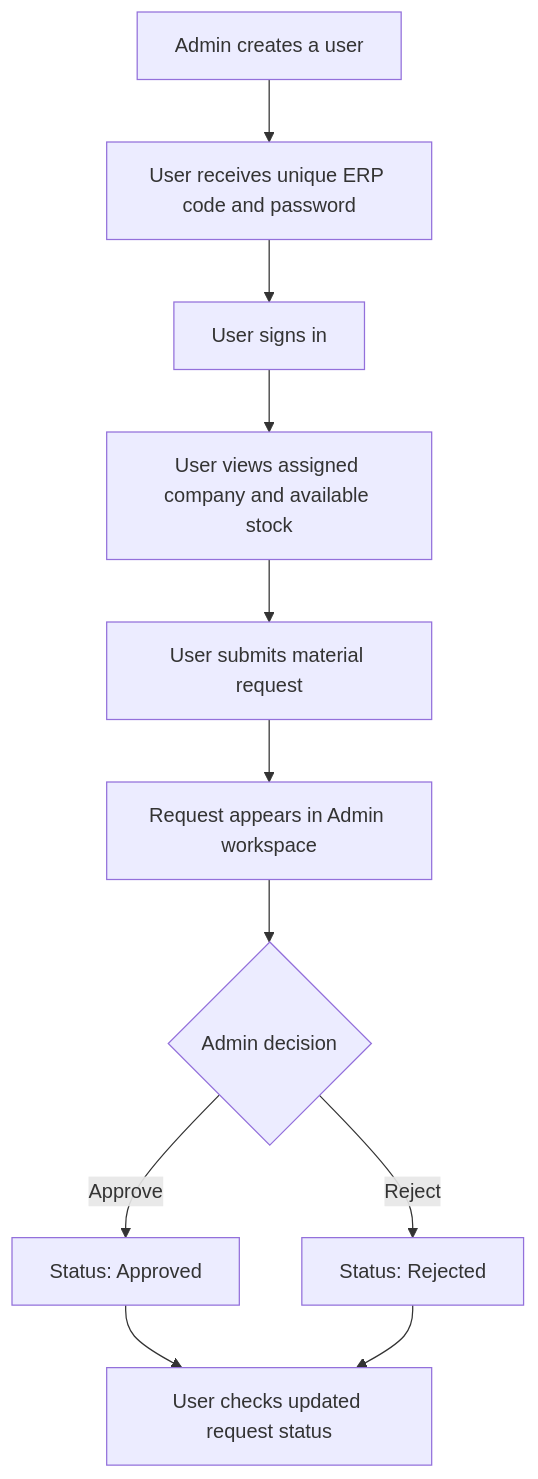
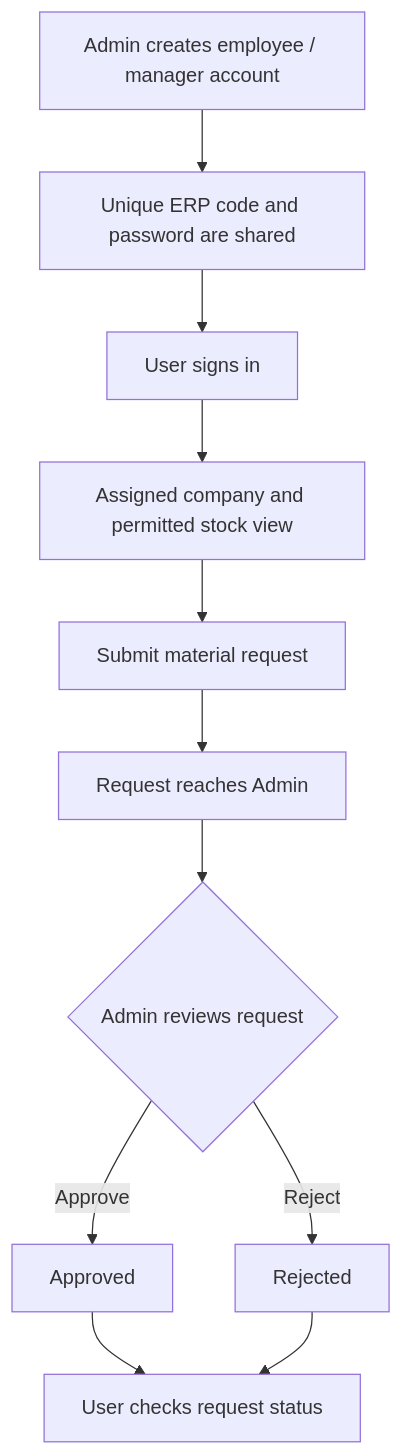
Before and after one commit to Ashish-kumar-upadhyay/Buildcore-ERP: the diagram in README.md, drawn with Mermaid. The commit also changed other lines of this file and 1 other file, not shown here.

````diff
--- a/README.md
+++ b/README.md
@@ -100,13 +106,13 @@
 ```mermaid
 flowchart TD
-    A[Admin creates a user] --> B[User receives unique ERP code and password]
-    B --> C[User signs in]
-    C --> D[User views assigned company and available stock]
-    D --> E[User submits material request]
-    E --> F[Request appears in Admin workspace]
-    F --> G{Admin decision}
-    G -->|Approve| H[Status: Approved]
-    G -->|Reject| I[Status: Rejected]
-    H --> J[User checks updated request status]
+    A["Admin creates employee / manager account"] --> B["Unique ERP code and password are shared"]
+    B --> C["User signs in"]
+    C --> D["Assigned company and permitted stock view"]
+    D --> E["Submit material request"]
+    E --> F["Request reaches Admin"]
+    F --> G{"Admin reviews request"}
+    G -->|Approve| H["Approved"]
+    G -->|Reject| I["Rejected"]
+    H --> J["User checks request status"]
     I --> J
 ```
````
